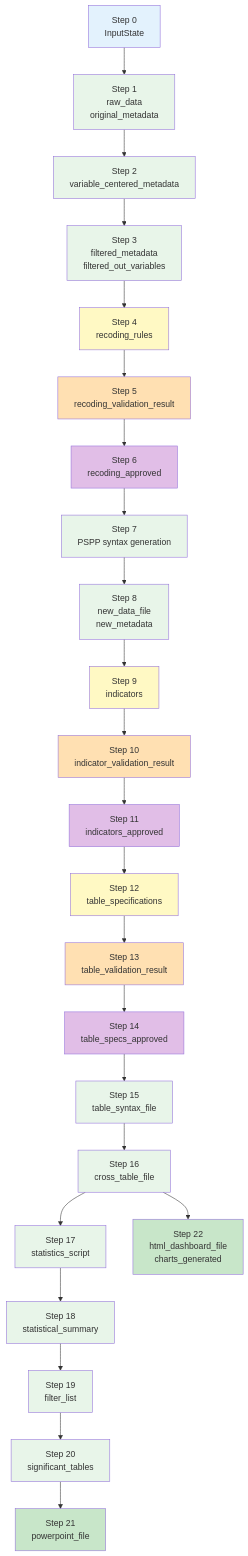
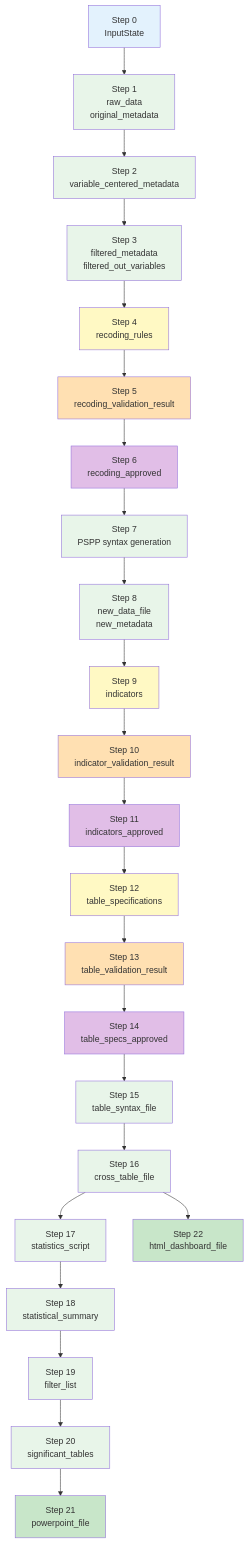
Before and after one commit to abcxyzx0099/datachat: the third of 6 diagrams in docs/application-design/state-management.md, drawn with Mermaid. The commit also changed other lines of this file, not shown here.

````diff
--- a/docs/application-design/state-management.md
+++ b/docs/application-design/state-management.md
@@ -118,61 +118,61 @@
 ```mermaid
 graph TD
     STEP0["Step 0<br/>InputState"]
     STEP1["Step 1<br/>raw_data<br/>original_metadata"]
     STEP2["Step 2<br/>variable_centered_metadata"]
     STEP3["Step 3<br/>filtered_metadata<br/>filtered_out_variables"]
     STEP4["Step 4<br/>recoding_rules"]
     STEP5["Step 5<br/>recoding_validation_result"]
     STEP6["Step 6<br/>recoding_approved"]
     STEP7["Step 7<br/>PSPP syntax generation"]
     STEP8["Step 8<br/>new_data_file<br/>new_metadata"]
     STEP9["Step 9<br/>indicators"]
     STEP10["Step 10<br/>indicator_validation_result"]
     STEP11["Step 11<br/>indicators_approved"]
     STEP12["Step 12<br/>table_specifications"]
     STEP13["Step 13<br/>table_validation_result"]
     STEP14["Step 14<br/>table_specs_approved"]
     STEP15["Step 15<br/>table_syntax_file"]
     STEP16["Step 16<br/>cross_table_file"]
     STEP17["Step 17<br/>statistics_script"]
     STEP18["Step 18<br/>statistical_summary"]
     STEP19["Step 19<br/>filter_list"]
     STEP20["Step 20<br/>significant_tables"]
     STEP21["Step 21<br/>powerpoint_file"]
-    STEP22["Step 22<br/>html_dashboard_file<br/>charts_generated"]
+    STEP22["Step 22<br/>html_dashboard_file"]
 
     STEP0 --> STEP1 --> STEP2 --> STEP3
     STEP3 --> STEP4 --> STEP5 --> STEP6
     STEP6 --> STEP7 --> STEP8
     STEP8 --> STEP9 --> STEP10 --> STEP11
     STEP11 --> STEP12 --> STEP13 --> STEP14
     STEP14 --> STEP15 --> STEP16
     STEP16 --> STEP17 --> STEP18
     STEP18 --> STEP19 --> STEP20
     STEP20 --> STEP21
     STEP16 --> STEP22
 
     style STEP0 fill:#e3f2fd
     style STEP1 fill:#e8f5e9
     style STEP2 fill:#e8f5e9
     style STEP3 fill:#e8f5e9
     style STEP4 fill:#fff9c4
     style STEP5 fill:#ffe0b2
     style STEP6 fill:#e1bee7
     style STEP7 fill:#e8f5e9
     style STEP8 fill:#e8f5e9
     style STEP9 fill:#fff9c4
     style STEP10 fill:#ffe0b2
     style STEP11 fill:#e1bee7
     style STEP12 fill:#fff9c4
     style STEP13 fill:#ffe0b2
     style STEP14 fill:#e1bee7
     style STEP15 fill:#e8f5e9
     style STEP16 fill:#e8f5e9
     style STEP17 fill:#e8f5e9
     style STEP18 fill:#e8f5e9
     style STEP19 fill:#e8f5e9
     style STEP20 fill:#e8f5e9
     style STEP21 fill:#c8e6c9
     style STEP22 fill:#c8e6c9
 ```
````
